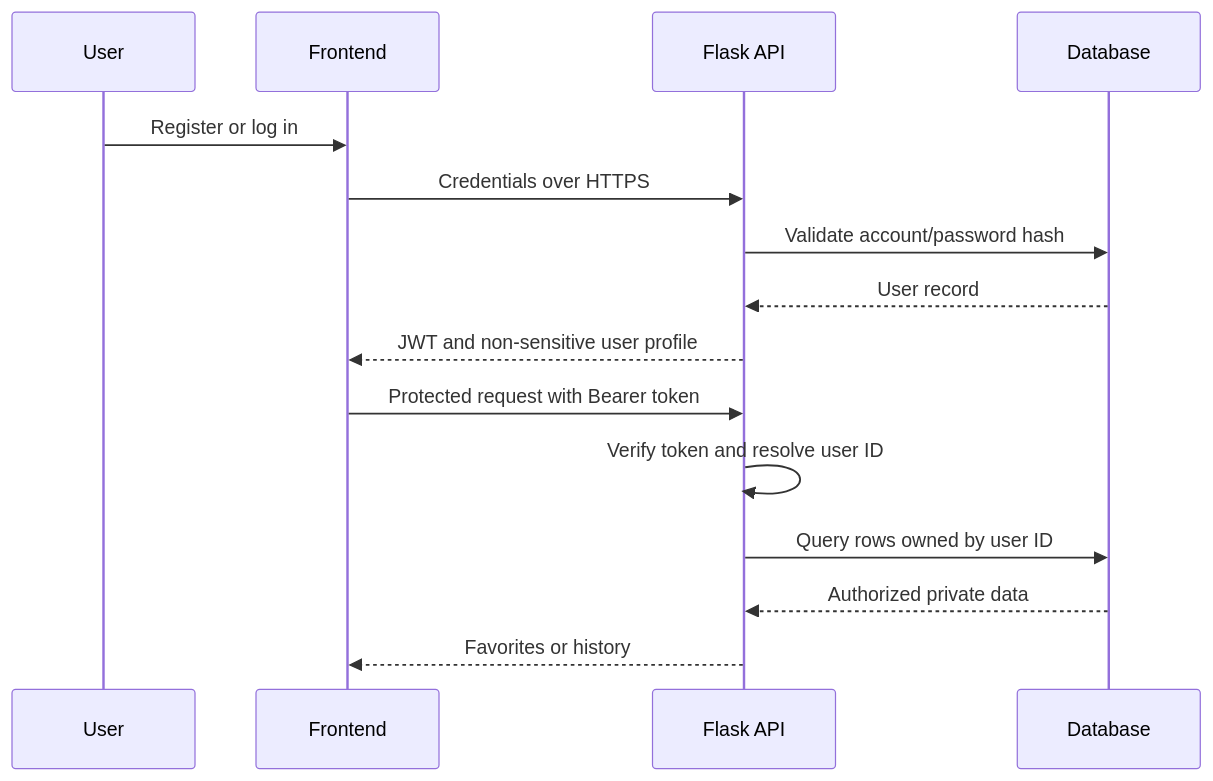
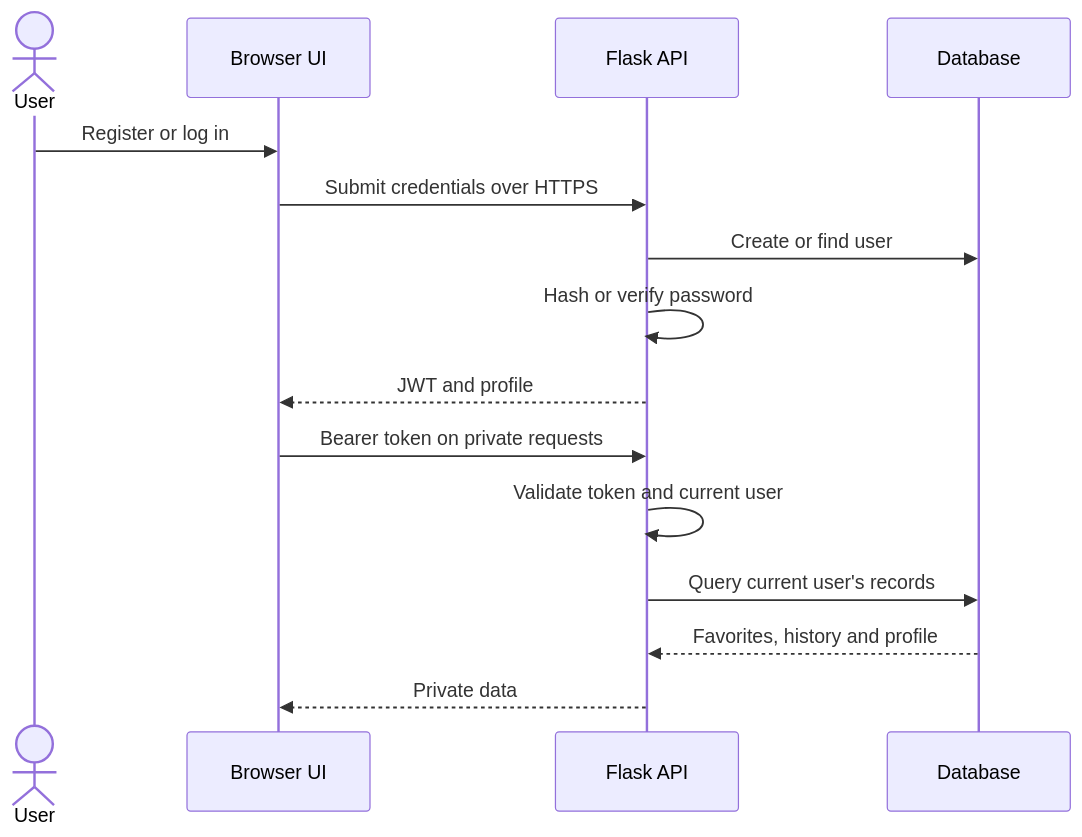
The fourth of 4 diagrams in docs/v3-design-and-architecture.md (Chu-Junjie/CP3407-PROJECT), drawn with Mermaid before and after one commit. The commit also changed other lines of this file, not shown here.

Commit message:
docs: assign architecture sections to named reviewers

````diff
--- a/docs/v3-design-and-architecture.md
+++ b/docs/v3-design-and-architecture.md
@@ -121,18 +142,18 @@
 ```mermaid
 sequenceDiagram
-    participant User
-    participant UI as Frontend
+    actor User
+    participant UI as Browser UI
     participant API as Flask API
     participant DB as Database
 
     User->>UI: Register or log in
-    UI->>API: Credentials over HTTPS
-    API->>DB: Validate account/password hash
-    DB-->>API: User record
-    API-->>UI: JWT and non-sensitive user profile
-    UI->>API: Protected request with Bearer token
-    API->>API: Verify token and resolve user ID
-    API->>DB: Query rows owned by user ID
-    DB-->>API: Authorized private data
-    API-->>UI: Favorites or history
+    UI->>API: Submit credentials over HTTPS
+    API->>DB: Create or find user
+    API->>API: Hash or verify password
+    API-->>UI: JWT and profile
+    UI->>API: Bearer token on private requests
+    API->>API: Validate token and current user
+    API->>DB: Query current user's records
+    DB-->>API: Favorites, history and profile
+    API-->>UI: Private data
 ```
````
